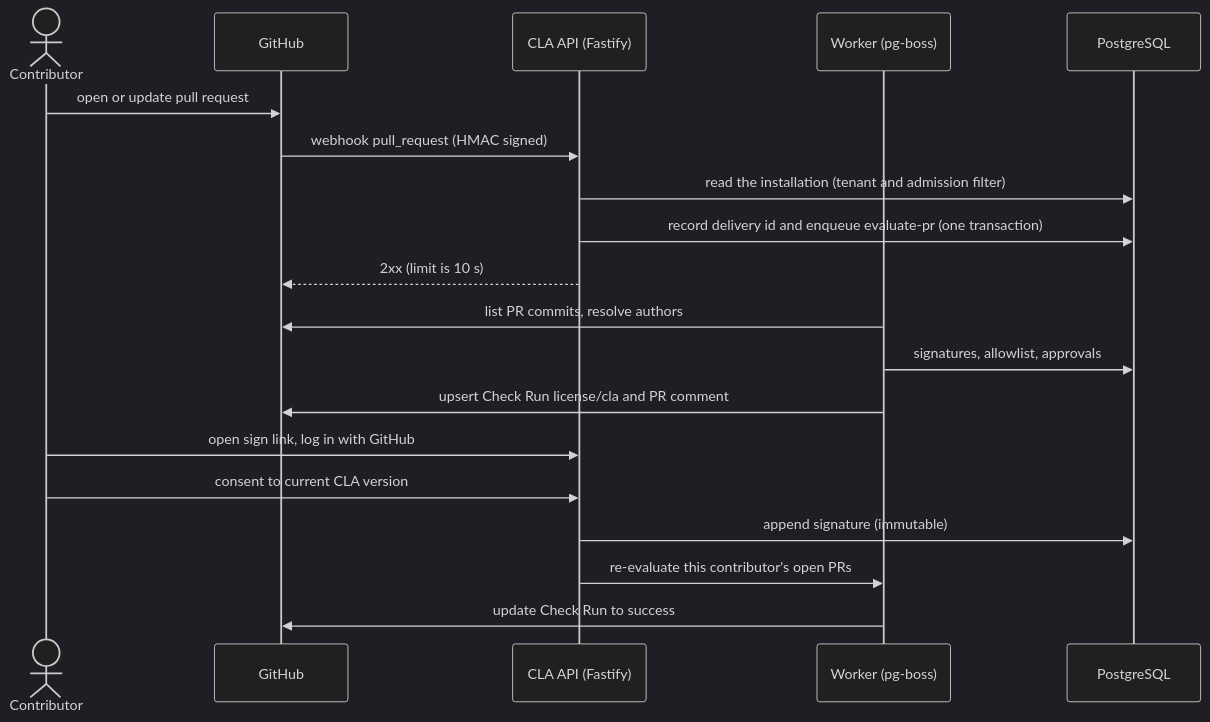
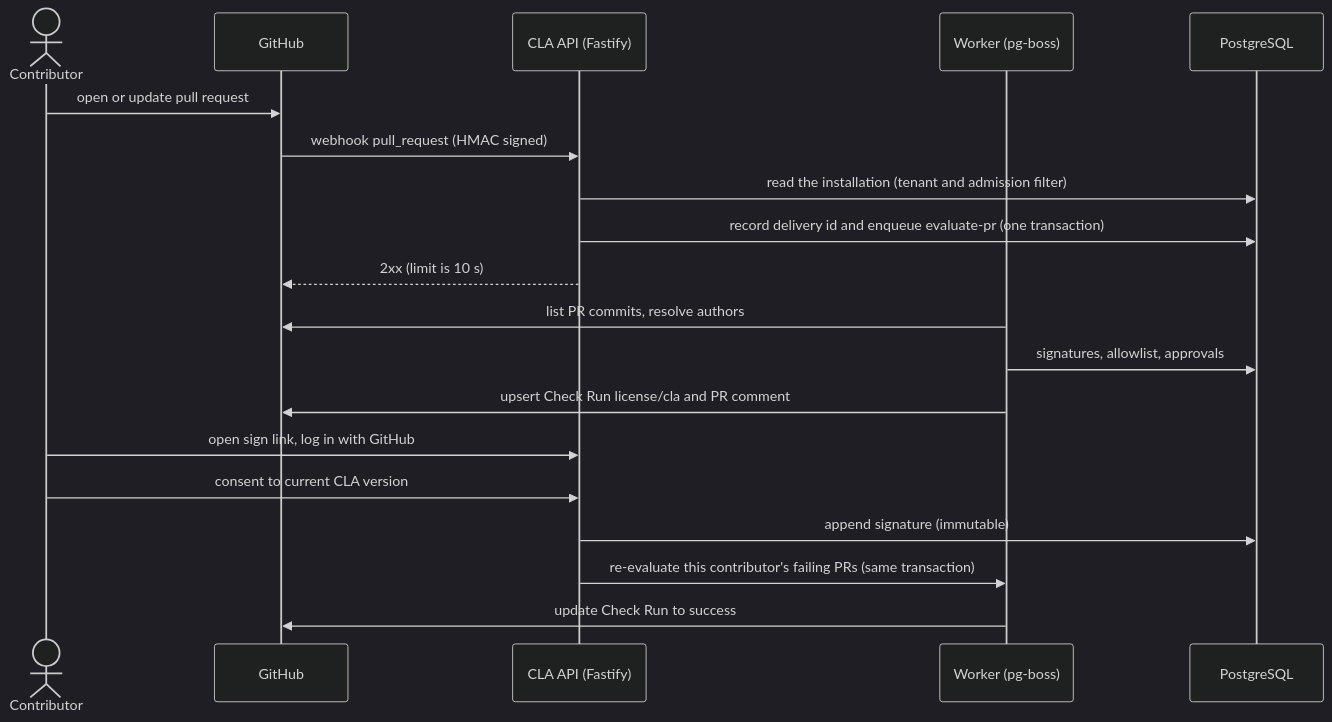
The diagram in docs/architecture.md (Axiumine/cla-gate), drawn with Mermaid (dark theme) before and after one commit. The commit also changed other lines of this file and 152 other files, not shown here.

Commit message:
E13: Signing flow (#33)

````diff
--- a/docs/architecture.md
+++ b/docs/architecture.md
@@ -34,22 +34,22 @@
 ```mermaid
 sequenceDiagram
     actor C as Contributor
     participant GH as GitHub
     participant API as CLA API (Fastify)
     participant W as Worker (pg-boss)
     participant DB as PostgreSQL
 
     C->>GH: open or update pull request
     GH->>API: webhook pull_request (HMAC signed)
     API->>DB: read the installation (tenant and admission filter)
     API->>DB: record delivery id and enqueue evaluate-pr (one transaction)
     API-->>GH: 2xx (limit is 10 s)
     W->>GH: list PR commits, resolve authors
     W->>DB: signatures, allowlist, approvals
     W->>GH: upsert Check Run license/cla and PR comment
     C->>API: open sign link, log in with GitHub
     C->>API: consent to current CLA version
     API->>DB: append signature (immutable)
-    API->>W: re-evaluate this contributor's open PRs
+    API->>W: re-evaluate this contributor's failing PRs (same transaction)
     W->>GH: update Check Run to success
 ```
````
